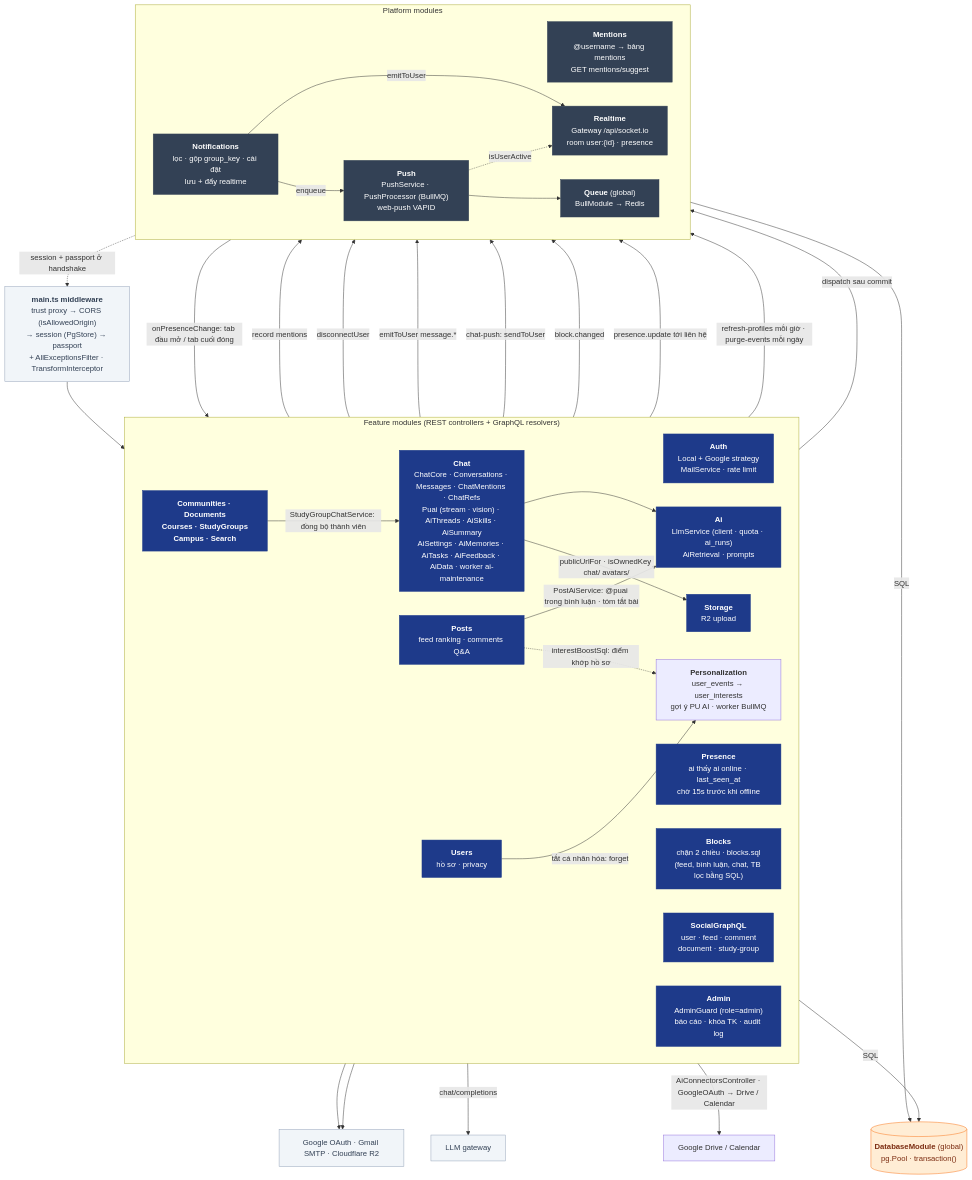
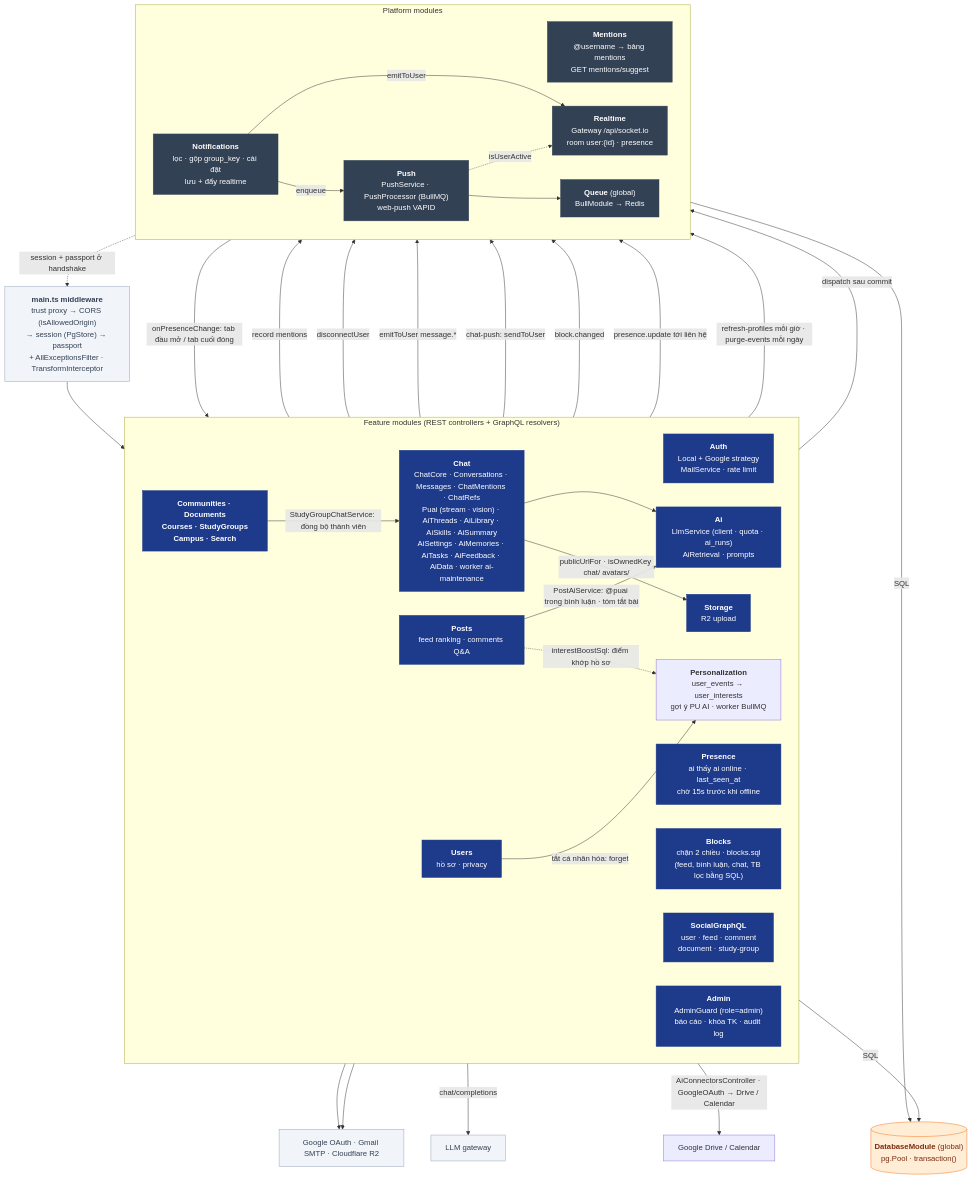
One commit to nhatcoi/pu-connect changed the diagram in docs/diagrams/03-api-components.md. Above: the diagram before and after it, drawn with Mermaid. The commit also changed other lines of this file and 8 other files, not shown here.

Commit message:
docs(ai): PU AI space spec, FEAT, diagrams

````diff
--- a/docs/diagrams/03-api-components.md
+++ b/docs/diagrams/03-api-components.md
@@ -7,66 +7,66 @@
 ```mermaid
 flowchart TB
   mw["<b>main.ts middleware</b><br/>trust proxy → CORS (isAllowedOrigin)<br/>→ session (PgStore) → passport<br/>+ AllExceptionsFilter · TransformInterceptor"]
 
   subgraph Feature["Feature modules (REST controllers + GraphQL resolvers)"]
     direction LR
     auth["<b>Auth</b><br/>Local + Google strategy<br/>MailService · rate limit"]
     users["<b>Users</b><br/>hồ sơ · privacy"]
     presence["<b>Presence</b><br/>ai thấy ai online · last_seen_at<br/>chờ 15s trước khi offline"]
     blocks["<b>Blocks</b><br/>chặn 2 chiều · blocks.sql<br/>(feed, bình luận, chat, TB lọc bằng SQL)"]
     posts["<b>Posts</b><br/>feed ranking · comments Q&A"]
     gql["<b>SocialGraphQL</b><br/>user · feed · comment<br/>document · study-group"]
     others["<b>Communities · Documents<br/>Courses · StudyGroups<br/>Campus · Search</b>"]
     storage["<b>Storage</b><br/>R2 upload"]
     admin["<b>Admin</b><br/>AdminGuard (role=admin)<br/>báo cáo · khóa TK · audit log"]
-    chat["<b>Chat</b><br/>ChatCore · Conversations · Messages · ChatMentions · ChatRefs<br/>Puai (stream · vision) · AiThreads · AiSkills · AiSummary<br/>AiSettings · AiMemories · AiTasks · AiFeedback · AiData · worker ai-maintenance"]
+    chat["<b>Chat</b><br/>ChatCore · Conversations · Messages · ChatMentions · ChatRefs<br/>Puai (stream · vision) · AiThreads · AiLibrary · AiSkills · AiSummary<br/>AiSettings · AiMemories · AiTasks · AiFeedback · AiData · worker ai-maintenance"]
     ai["<b>Ai</b><br/>LlmService (client · quota · ai_runs)<br/>AiRetrieval · prompts"]
     perso["<b>Personalization</b><br/>user_events → user_interests<br/>gợi ý PU AI · worker BullMQ"]
   end
 
   subgraph Platform["Platform modules"]
     direction LR
     mentions["<b>Mentions</b><br/>@username → bảng mentions<br/>GET mentions/suggest"]
     notif["<b>Notifications</b><br/>lọc · gộp group_key · cài đặt<br/>lưu + đẩy realtime"]
     rt["<b>Realtime</b><br/>Gateway /api/socket.io<br/>room user:{id} · presence"]
     push["<b>Push</b><br/>PushService · PushProcessor (BullMQ)<br/>web-push VAPID"]
     queue["<b>Queue</b> (global)<br/>BullModule → Redis"]
   end
 
   db[("<b>DatabaseModule</b> (global)<br/>pg.Pool · transaction()")]
   ext["Google OAuth · Gmail SMTP · Cloudflare R2"]
 
   mw --> Feature
   posts -->|record mentions| mentions
   Feature -->|dispatch sau commit| notif -->|emitToUser| rt
   notif -->|enqueue| push --> queue
   push -. isUserActive .-> rt
   rt -. session + passport ở handshake .-> mw
   Feature -->|SQL| db
   Platform -->|SQL| db
   auth & storage --> ext
   admin -->|disconnectUser| rt
   chat -->|emitToUser message.*| rt
   chat -->|chat-push: sendToUser| push
   chat --> ai
   posts -->|PostAiService: @puai trong bình luận · tóm tắt bài| ai
   ai -->|chat/completions| llm["LLM gateway"]
   ai -->|AiConnectorsController · GoogleOAuth → Drive / Calendar| gdrive["Google Drive / Calendar"]
   chat -->|publicUrlFor · isOwnedKey chat/ avatars/| storage
   others -->|StudyGroupChatService: đồng bộ thành viên| chat
   blocks -->|block.changed| rt
   rt -->|onPresenceChange: tab đầu mở / tab cuối đóng| presence
   presence -->|presence.update tới liên hệ| rt
   users -->|tắt cá nhân hóa: forget| perso
   perso -->|refresh-profiles mỗi giờ · purge-events mỗi ngày| queue
   posts -. interestBoostSql: điểm khớp hồ sơ .-> perso
 
   classDef mod fill:#1e3a8a,stroke:#1e3a8a,color:#fff
   classDef plat fill:#334155,stroke:#334155,color:#fff
   classDef store fill:#ffedd5,stroke:#f97316,color:#7c2d12
   classDef external fill:#f1f5f9,stroke:#94a3b8,color:#334155
   class auth,users,blocks,presence,ai,posts,communities,others,storage,gql,admin,chat mod
   class mentions,notif,rt,push,queue plat
   class db store
   class ext,mw,llm external
 ```
````
